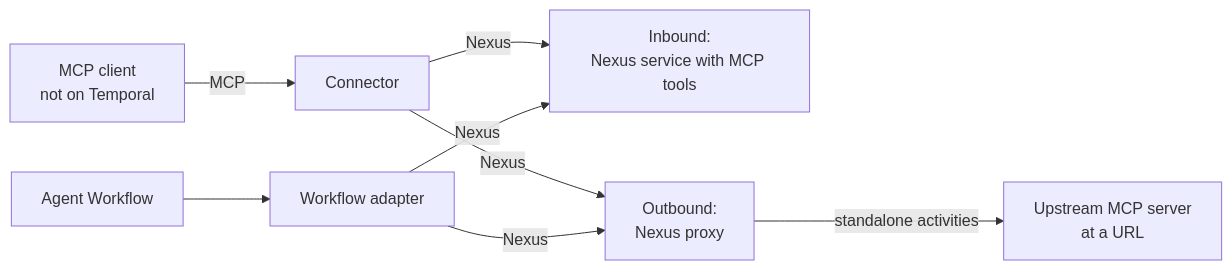
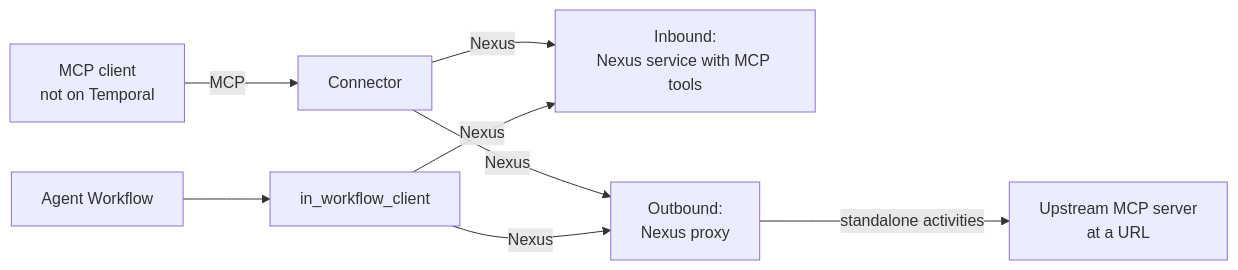
One commit to long-nt-tran/durable-mcp-connector changed the diagram in README.md. Above: the diagram before and after it, drawn with Mermaid. The commit also changed other lines of this file and 50 other files, not shown here.

````diff
--- a/README.md
+++ b/README.md
@@ -12,10 +12,10 @@
 ```mermaid
 flowchart LR
   C["MCP client<br>not on Temporal"] -->|"MCP"| K["Connector"]
-  W["Agent Workflow"] --> A["Workflow adapter"]
+  W["Agent Workflow"] --> A["in_workflow_client"]
   K -->|"Nexus"| S["Inbound:<br>Nexus service with MCP tools"]
   A -->|"Nexus"| S
   K -->|"Nexus"| P["Outbound:<br>Nexus proxy"]
   A -->|"Nexus"| P
   P -->|"standalone activities"| U["Upstream MCP server<br>at a URL"]
 ```
````
